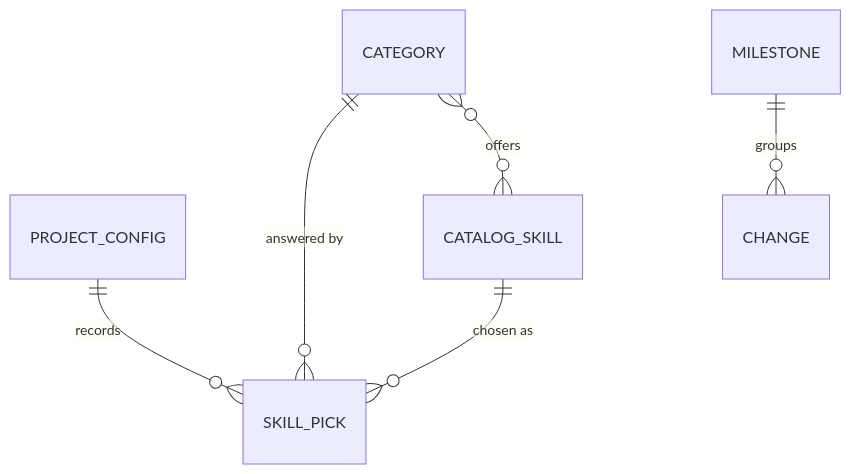
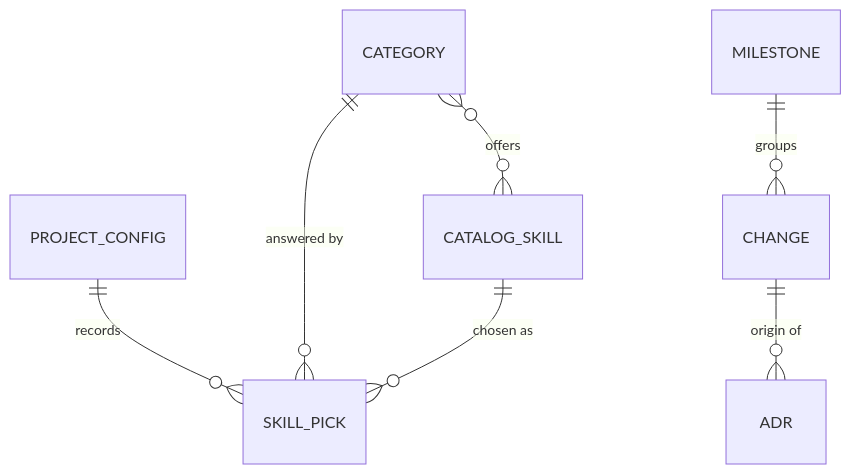
The diagram in docs/data-model.md (Zeotyn/groma), drawn with Mermaid before and after one commit. The commit also changed other lines of this file and 26 other files, not shown here.

````diff
--- a/docs/data-model.md
+++ b/docs/data-model.md
@@ -22,8 +22,9 @@
 ```mermaid
 erDiagram
   PROJECT_CONFIG ||--o{ SKILL_PICK : records
   CATEGORY ||--o{ SKILL_PICK : "answered by"
   CATALOG_SKILL ||--o{ SKILL_PICK : "chosen as"
   CATEGORY }o--o{ CATALOG_SKILL : offers
   MILESTONE ||--o{ CHANGE : groups
+  CHANGE ||--o{ ADR : "origin of"
 ```
````
